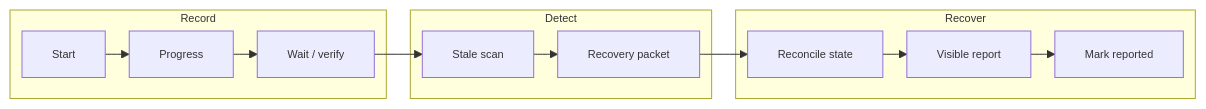
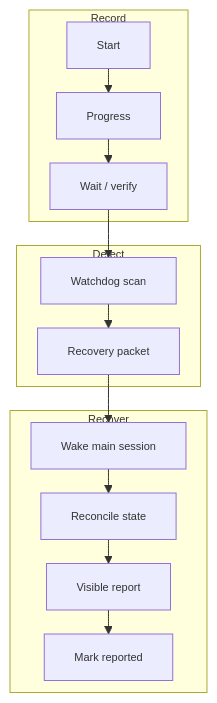
One commit to moonhwilee/openclaw-ledger changed the diagram in README.md. Above: the diagram before and after it, drawn with Mermaid. The commit also changed other lines of this file and 1 other file, not shown here.

Commit message:
Emphasize Ledger watchdog recovery

````diff
--- a/README.md
+++ b/README.md
@@ -23,15 +23,15 @@
 ```mermaid
 %%{init: {"themeVariables": {"fontSize": "11px"}, "flowchart": {"nodeSpacing": 22, "rankSpacing": 24}} }%%
-flowchart LR
+flowchart TD
   subgraph R[Record]
     A[Start] --> B[Progress] --> C[Wait / verify]
   end
   subgraph D[Detect]
-    E[Stale scan] --> F[Recovery packet]
+    E[Watchdog scan] --> F[Recovery packet]
   end
   subgraph C2[Recover]
-    G[Reconcile state] --> H[Visible report] --> I[Mark reported]
+    G[Wake main session] --> H[Reconcile state] --> I[Visible report] --> J[Mark reported]
   end
   C --> E
   F --> G
 ```
````
